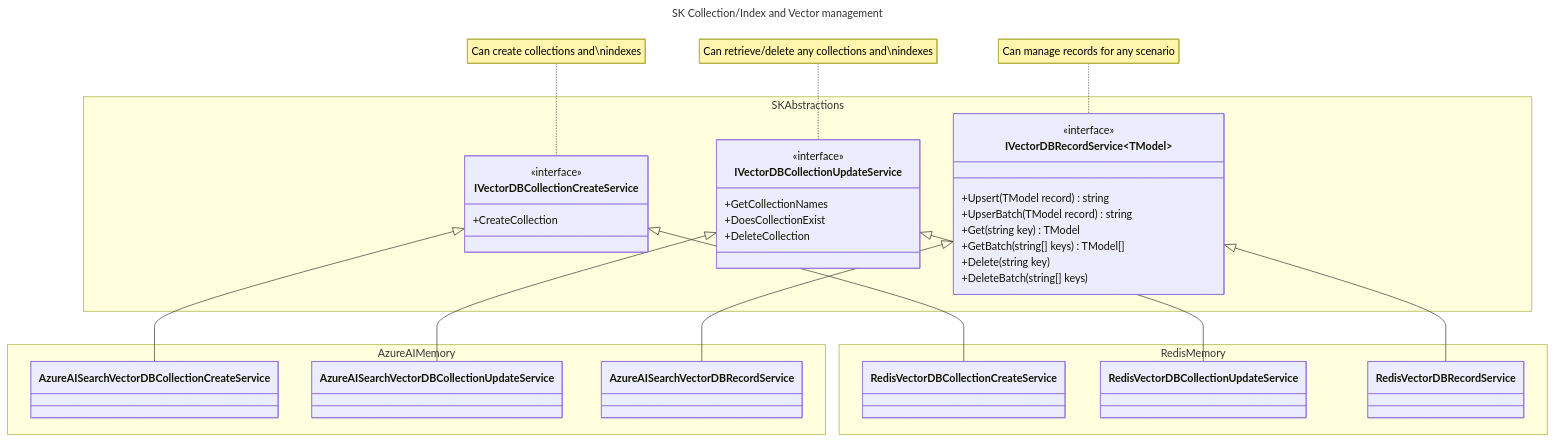
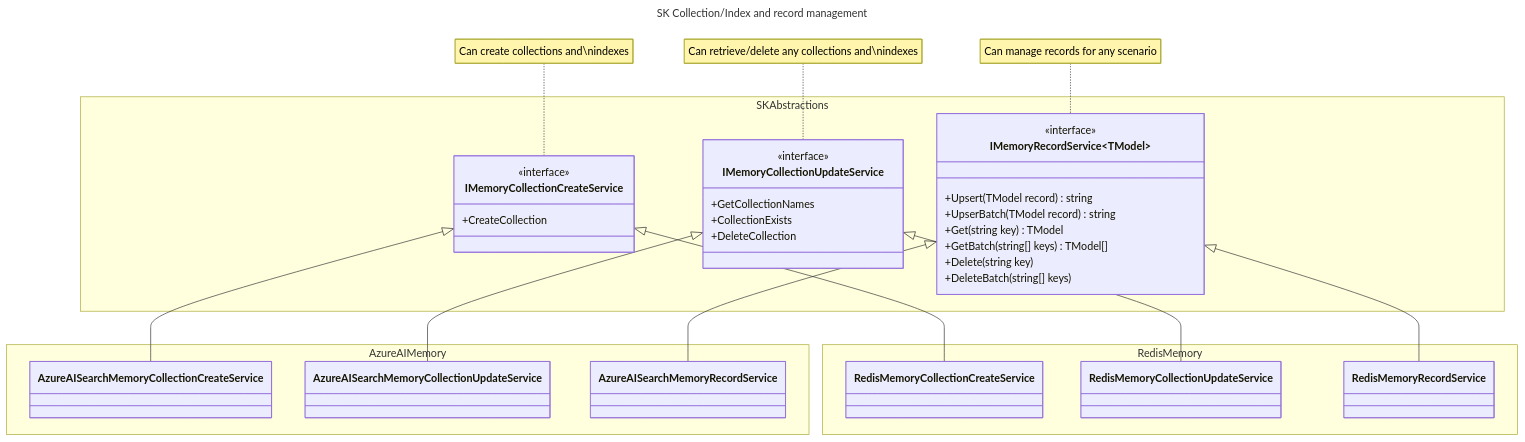
One commit to microsoft/semantic-kernel changed the first of 2 diagrams in docs/decisions/0045-updated-vector-store-design.md. Above: the diagram before and after it, drawn with Mermaid. The commit also changed other lines of this file and 9 other files, not shown here.

````diff
--- a/docs/decisions/0045-updated-vector-store-design.md
+++ b/docs/decisions/0045-updated-vector-store-design.md
@@ -86,63 +86,63 @@
 ```mermaid
 ---
-title: SK Collection/Index and Vector management
+title: SK Collection/Index and record management
 ---
 classDiagram
-    note for IVectorDBRecordService "Can manage records for any scenario"
-    note for IVectorDBCollectionCreateService "Can create collections and\nindexes"
-    note for IVectorDBCollectionUpdateService "Can retrieve/delete any collections and\nindexes"
+    note for IMemoryRecordService "Can manage records for any scenario"
+    note for IMemoryCollectionCreateService "Can create collections and\nindexes"
+    note for IMemoryCollectionUpdateService "Can retrieve/delete any collections and\nindexes"
 
     namespace SKAbstractions{
-        class IVectorDBCollectionCreateService{
+        class IMemoryCollectionCreateService{
             <<interface>>
             +CreateCollection
         }
 
-        class IVectorDBCollectionUpdateService{
+        class IMemoryCollectionUpdateService{
             <<interface>>
             +GetCollectionNames
-            +DoesCollectionExist
+            +CollectionExists
             +DeleteCollection
         }
 
-        class IVectorDBRecordService~TModel~{
+        class IMemoryRecordService~TModel~{
             <<interface>>
             +Upsert(TModel record) string
             +UpserBatch(TModel record) string
             +Get(string key) TModel
             +GetBatch(string[] keys) TModel[]
             +Delete(string key)
             +DeleteBatch(string[] keys)
         }
     }
 
     namespace AzureAIMemory{
-        class AzureAISearchVectorDBCollectionCreateService{
+        class AzureAISearchMemoryCollectionCreateService{
         }
 
-        class AzureAISearchVectorDBCollectionUpdateService{
+        class AzureAISearchMemoryCollectionUpdateService{
         }
 
-        class AzureAISearchVectorDBRecordService{
+        class AzureAISearchMemoryRecordService{
         }
     }
 
     namespace RedisMemory{
-        class RedisVectorDBCollectionCreateService{
+        class RedisMemoryCollectionCreateService{
         }
 
-        class RedisVectorDBCollectionUpdateService{
+        class RedisMemoryCollectionUpdateService{
         }
 
-        class RedisVectorDBRecordService{
+        class RedisMemoryRecordService{
         }
     }
 
-    IVectorDBCollectionCreateService <|-- AzureAISearchVectorDBCollectionCreateService
-    IVectorDBCollectionUpdateService <|-- AzureAISearchVectorDBCollectionUpdateService
-    IVectorDBRecordService <|-- AzureAISearchVectorDBRecordService
+    IMemoryCollectionCreateService <|-- AzureAISearchMemoryCollectionCreateService
+    IMemoryCollectionUpdateService <|-- AzureAISearchMemoryCollectionUpdateService
+    IMemoryRecordService <|-- AzureAISearchMemoryRecordService
 
-    IVectorDBCollectionCreateService <|-- RedisVectorDBCollectionCreateService
-    IVectorDBCollectionUpdateService <|-- RedisVectorDBCollectionUpdateService
-    IVectorDBRecordService <|-- RedisVectorDBRecordService
+    IMemoryCollectionCreateService <|-- RedisMemoryCollectionCreateService
+    IMemoryCollectionUpdateService <|-- RedisMemoryCollectionUpdateService
+    IMemoryRecordService <|-- RedisMemoryRecordService
 ```
````
